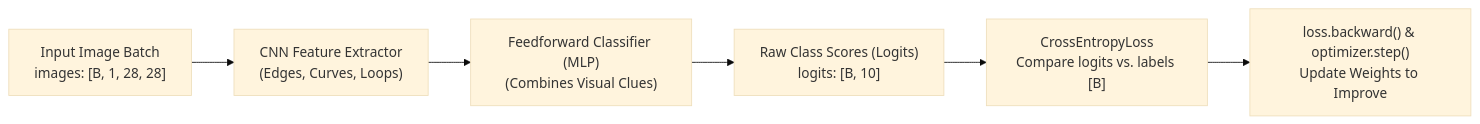
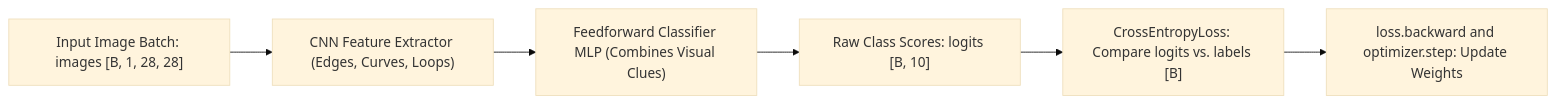
Before and after one commit to chrisjcc/mnist-lab: the first of 2 diagrams in docs/tutorials/pytorch_nn_and_cnn_training_tutorial.md, drawn with Mermaid (base theme). The commit also changed other lines of this file, not shown here.

````diff
--- a/docs/tutorials/pytorch_nn_and_cnn_training_tutorial.md
+++ b/docs/tutorials/pytorch_nn_and_cnn_training_tutorial.md
@@ -27,8 +27,8 @@
 ```mermaid
 flowchart LR
-    A["Input Image Batch<br/>images: [B, 1, 28, 28]"] --> B["CNN Feature Extractor<br/>(Edges, Curves, Loops)"]
-    B --> C["Feedforward Classifier (MLP)<br/>(Combines Visual Clues)"]
-    C --> D["Raw Class Scores (Logits)<br/>logits: [B, 10]"]
-    D --> E["CrossEntropyLoss<br/>Compare logits vs. labels [B]"]
-    E --> F["loss.backward() & optimizer.step()<br/>Update Weights to Improve"]
+    A["Input Image Batch: images [B, 1, 28, 28]"] --> B["CNN Feature Extractor (Edges, Curves, Loops)"]
+    B --> C["Feedforward Classifier MLP (Combines Visual Clues)"]
+    C --> D["Raw Class Scores: logits [B, 10]"]
+    D --> E["CrossEntropyLoss: Compare logits vs. labels [B]"]
+    E --> F["loss.backward and optimizer.step: Update Weights"]
 ```
````
